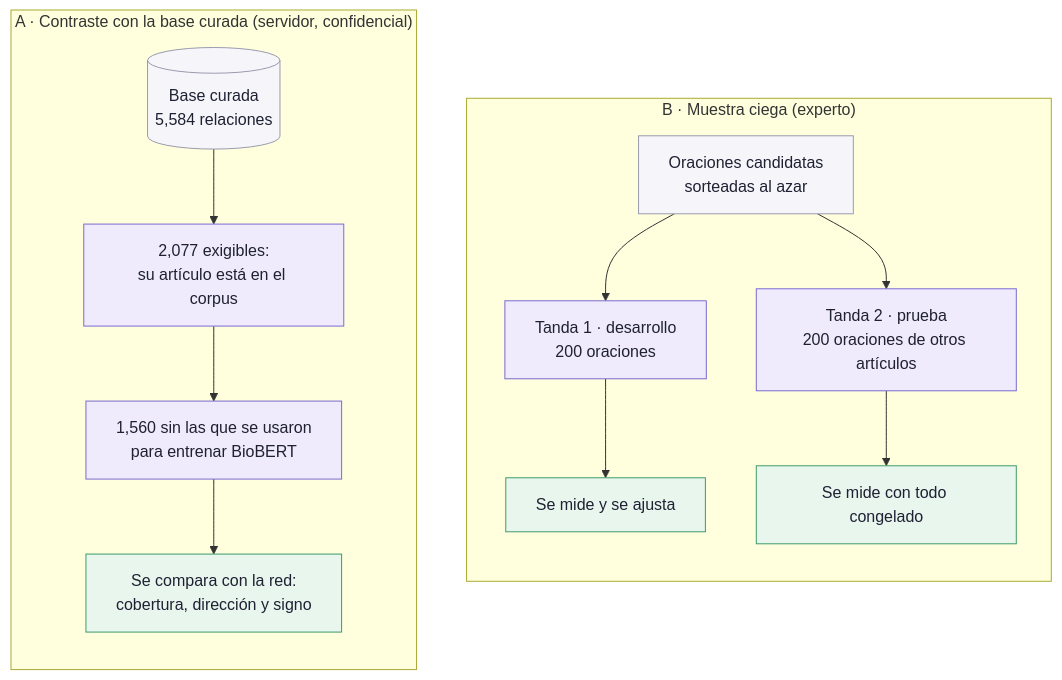
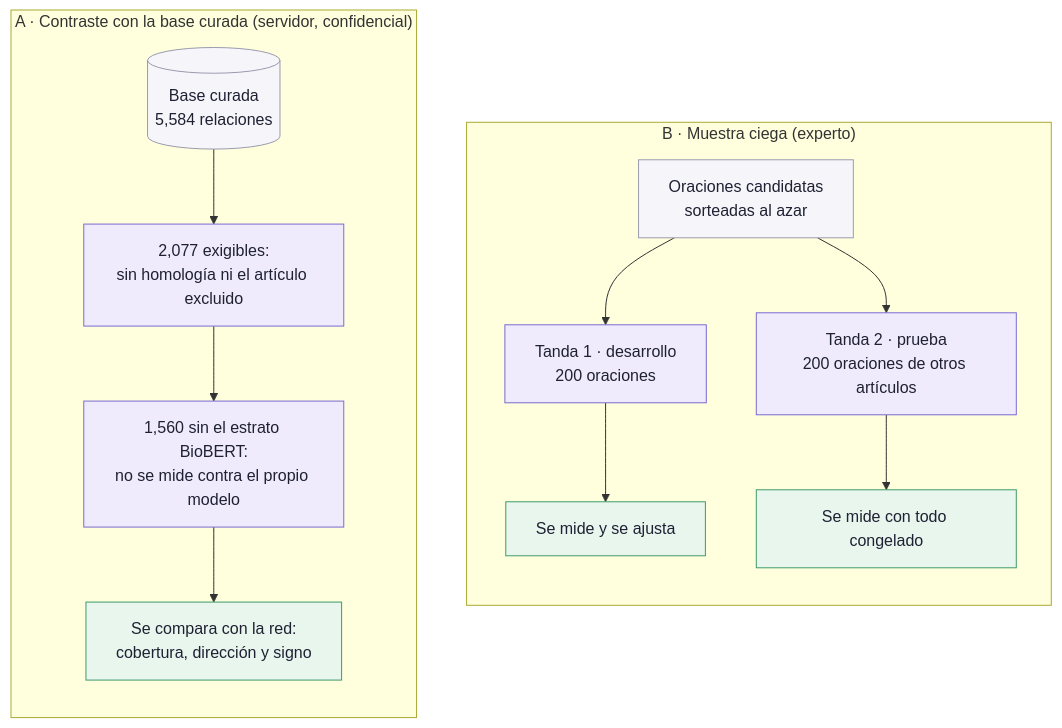
Before and after one commit to MonkeyDMemo/download_abstract_pdf: the fourth of 6 diagrams in docs/reporte/reporte.md, drawn with Mermaid. The commit also changed other lines of this file and 4 other files, not shown here.

First line of the commit message:
docs: memoria v0.3, la base curada y la curación experta

````diff
--- a/docs/reporte/reporte.md
+++ b/docs/reporte/reporte.md
@@ -236,20 +236,20 @@
 ```mermaid
 flowchart TB
   subgraph B["B · Muestra ciega (experto)"]
     direction TB
     POB["Oraciones candidatas<br/>sorteadas al azar"]:::fuente --> T1["Tanda 1 · desarrollo<br/>200 oraciones"]:::paso
     POB --> T2["Tanda 2 · prueba<br/>200 oraciones de otros artículos"]:::paso
     T1 --> M2["Se mide y se ajusta"]:::ev
     T2 --> M3["Se mide con todo congelado"]:::ev
   end
   subgraph A["A · Contraste con la base curada (servidor, confidencial)"]
     direction TB
-    BASE[("Base curada<br/>5,584 relaciones")]:::fuente --> EXI["2,077 exigibles:<br/>su artículo está en el corpus"]:::paso
-    EXI --> EST["1,560 sin las que se usaron<br/>para entrenar BioBERT"]:::paso
+    BASE[("Base curada<br/>5,584 relaciones")]:::fuente --> EXI["2,077 exigibles:<br/>sin homología ni el artículo excluido"]:::paso
+    EXI --> EST["1,560 sin el estrato BioBERT:<br/>no se mide contra el propio modelo"]:::paso
     EST --> M1["Se compara con la red:<br/>cobertura, dirección y signo"]:::ev
   end
   classDef fuente fill:#F6F6FA,stroke:#9A9AB0,color:#1F2133
   classDef paso fill:#EFEBFC,stroke:#7A6BD1,color:#1F2133
   classDef ev fill:#E8F6EE,stroke:#3E9B6A,color:#1F2133
   classDef expl fill:#FFF6E5,stroke:#C8962E,stroke-dasharray:5 3,color:#1F2133
 ```
````
